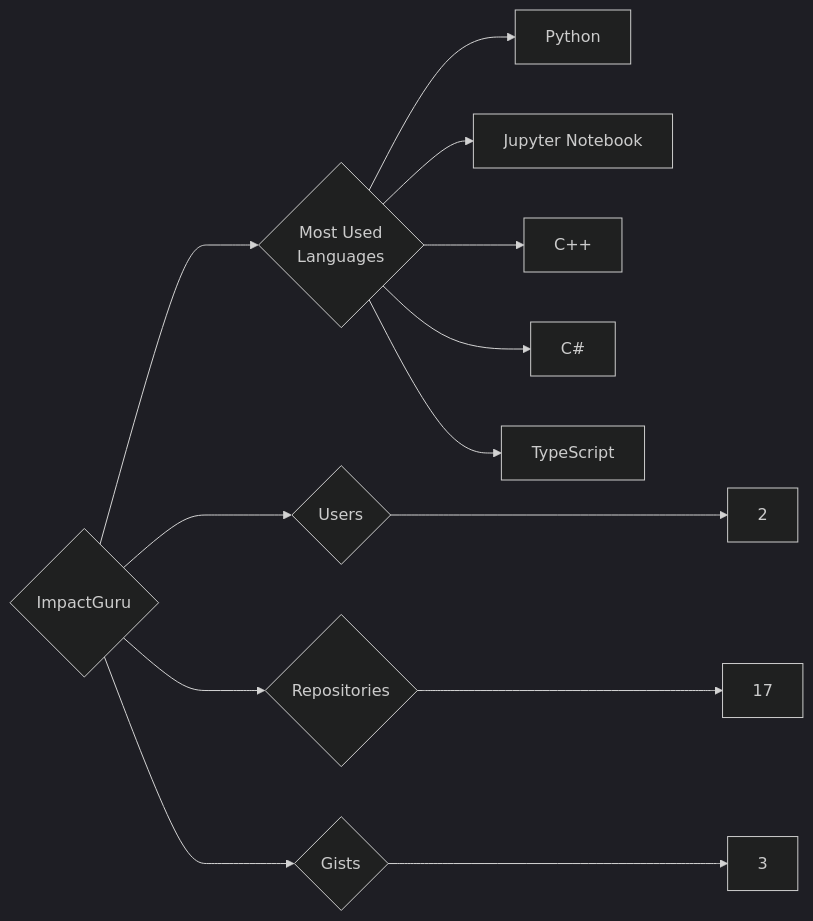
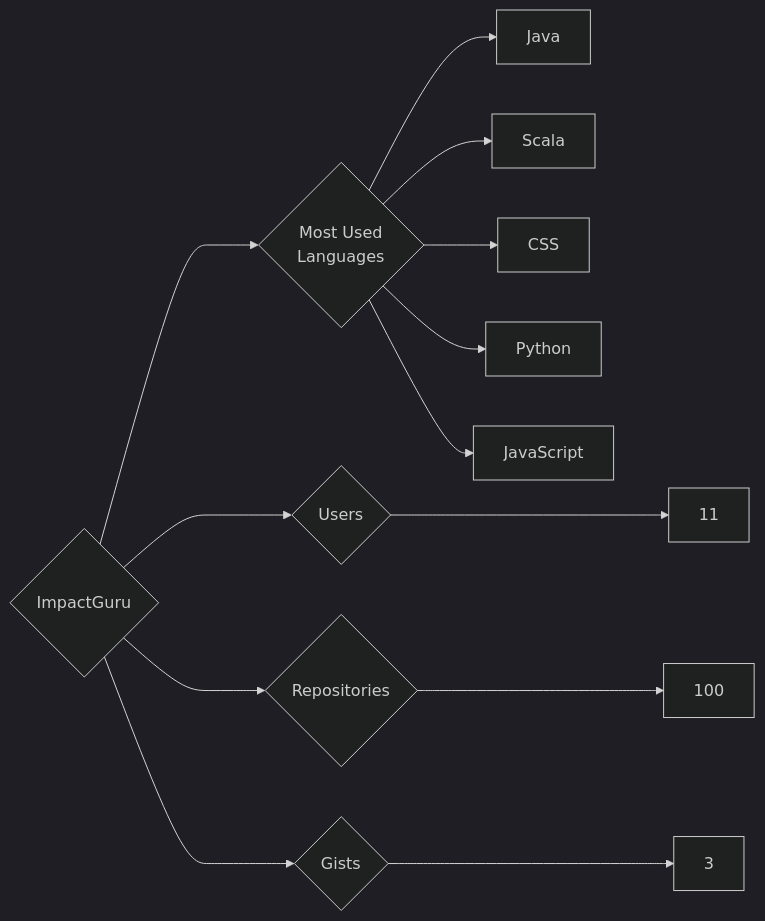
The diagram in targets/ImpactGuru/README.md (trickest/insiders), drawn with Mermaid (dark theme) before and after one commit. The commit also changed 718 other files, not shown here.

````diff
--- a/targets/ImpactGuru/README.md
+++ b/targets/ImpactGuru/README.md
@@ -3,13 +3,13 @@
 ```mermaid
 graph LR
 COMPANY_NAME{ImpactGuru}
-COMPANY_NAME ---> U{Users} ---> UN[2]
-COMPANY_NAME ---> R{Repositories} ---> RN[17]
+COMPANY_NAME ---> U{Users} ---> UN[11]
+COMPANY_NAME ---> R{Repositories} ---> RN[100]
 COMPANY_NAME ---> G{Gists} ---> GN[3]
 COMPANY_NAME ---> ML{Most Used<br>Languages}
+ML --> Java[Java]
+ML --> Scala[Scala]
+ML --> CSS[CSS]
 ML --> Python[Python]
-ML --> Jupyter_Notebook[Jupyter Notebook]
-ML --> C++[C++]
-ML --> C#[C#]
-ML --> TypeScript[TypeScript]
+ML --> JavaScript[JavaScript]
 ```
````
